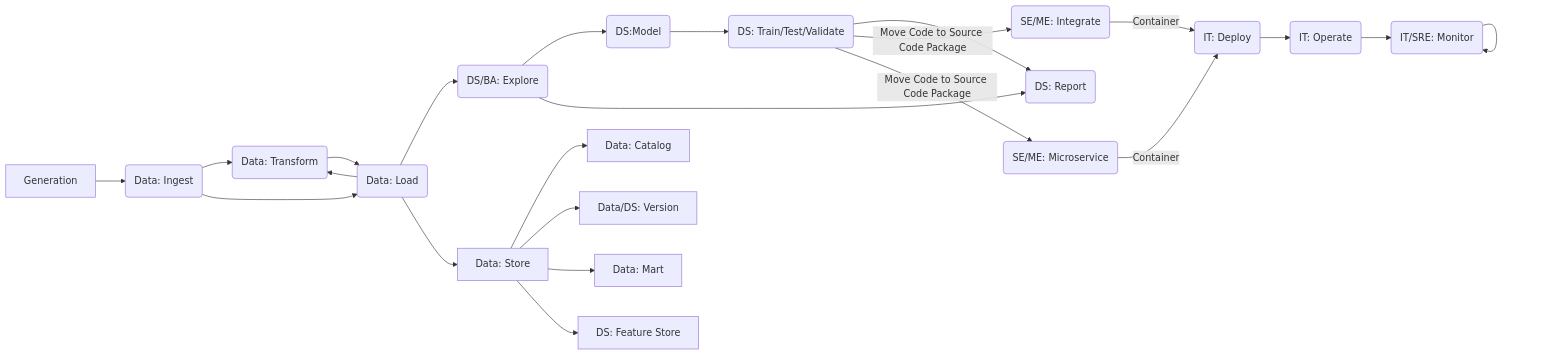
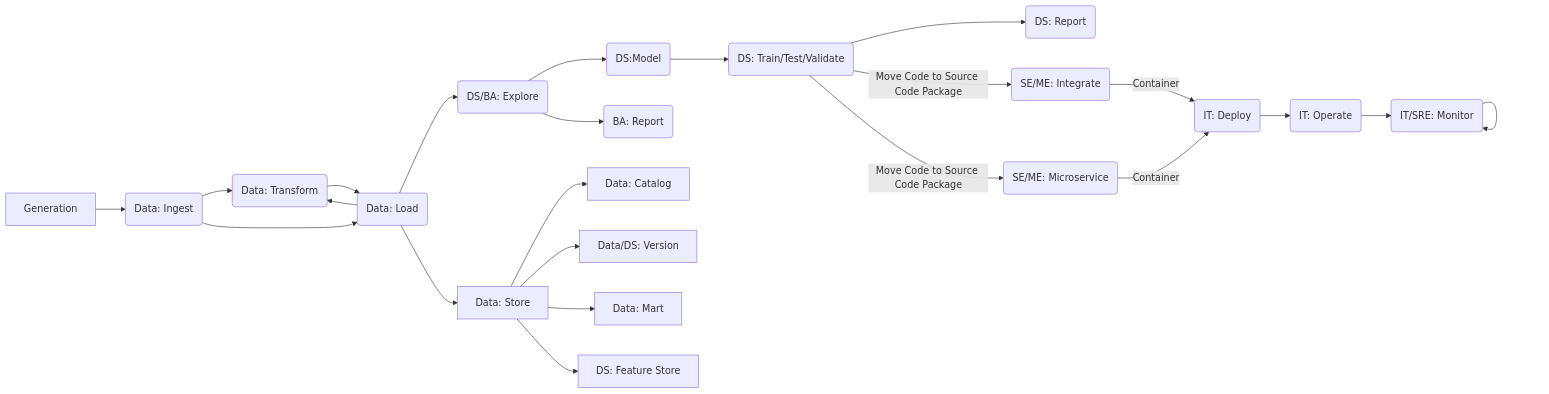
One commit to mraarone/dsbaseline changed the diagram in docs/docs/index.md. Above: the diagram before and after it, drawn with Mermaid.

````diff
--- a/docs/docs/index.md
+++ b/docs/docs/index.md
@@ -118,15 +118,15 @@
 ```mermaid
 flowchart LR
     A[Generation] --> B(Data: Ingest) --> C(Data: Transform) --> D(Data: Load) --> E(DS/BA: Explore) --> G(DS:Model)
     G --> H(DS: Train/Test/Validate) --> I(DS: Report)
     H -->|Move Code to Source Code Package| O(SE/ME: Integrate) & P(SE/ME: Microservice) -->|Container| Q(IT: Deploy) --> R(IT: Operate) --> S(IT/SRE: Monitor)
     S --> S
-    E --> I
+    E --> T(BA: Report)
     B --> D
     D --> C
     D --> J[Data: Store]
     J --> K[Data: Catalog]
     J --> L[Data/DS: Version]
     J --> M[Data: Mart]
     J --> N[DS: Feature Store]
 ```
````
